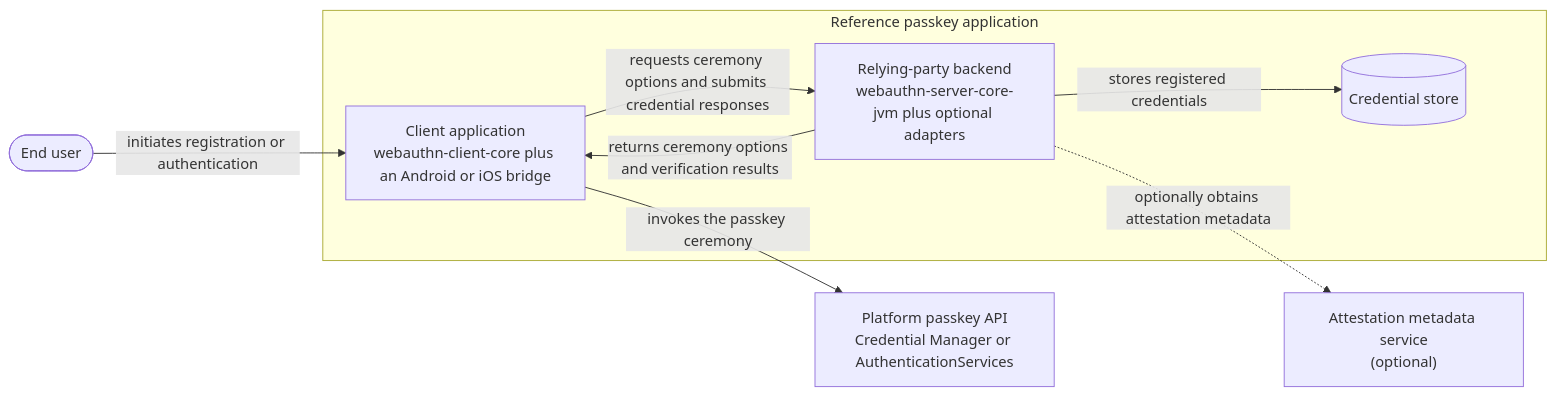
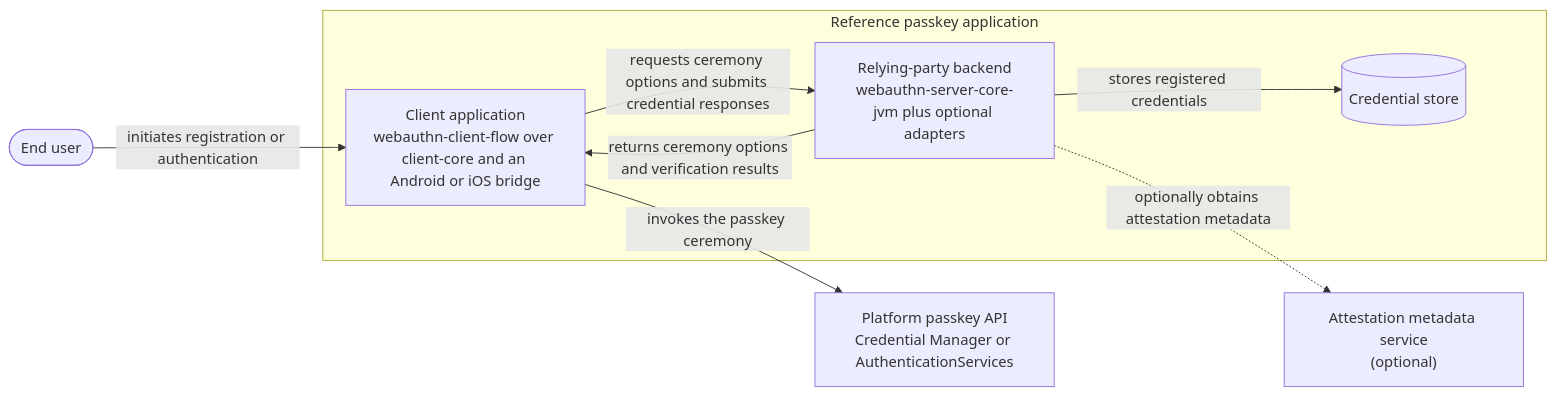
Before and after one commit to szijpeter/webauthn-kotlin-multiplatform: the first of 4 diagrams in docs/architecture.md, drawn with Mermaid. The commit also changed other lines of this file and 34 other files, not shown here.

Commit message:
feat(client): add generic passkey flow

````diff
--- a/docs/architecture.md
+++ b/docs/architecture.md
@@ -32,19 +32,19 @@
 ```mermaid
 flowchart LR
     USER([End user])
 
     subgraph APPLICATION["Reference passkey application"]
-        CLIENT["Client application<br/>webauthn-client-core plus an Android or iOS bridge"]
+        CLIENT["Client application<br/>webauthn-client-flow over client-core and an Android or iOS bridge"]
         BACKEND["Relying-party backend<br/>webauthn-server-core-jvm plus optional adapters"]
         STORE[("Credential store")]
     end
 
     PLATFORM["Platform passkey API<br/>Credential Manager or AuthenticationServices"]
     MDS["Attestation metadata service<br/>(optional)"]
 
     USER -->|initiates registration or authentication| CLIENT
     CLIENT -->|requests ceremony options and submits credential responses| BACKEND; BACKEND -->|returns ceremony options and verification results| CLIENT
     CLIENT -->|invokes the passkey ceremony| PLATFORM
     BACKEND -->|stores registered credentials| STORE
     BACKEND -. optionally obtains attestation metadata .-> MDS
 ```
````
